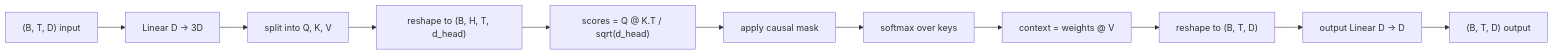
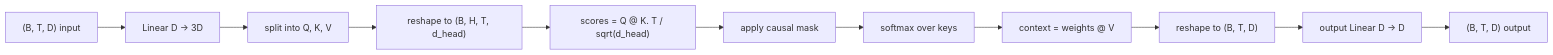
One commit to burakpehlivan-se/ai-engineering-from-scratch changed the first of 2 diagrams in phases/19-capstone-projects/33-multihead-self-attention/docs/tr.md. Above: the diagram before and after it, drawn with Mermaid. The commit also changed other lines of this file and 476 other files, not shown here.

````diff
--- a/phases/19-capstone-projects/33-multihead-self-attention/docs/tr.md
+++ b/phases/19-capstone-projects/33-multihead-self-attention/docs/tr.md
@@ -30,13 +30,13 @@
 ```mermaid
 flowchart LR
-    A["(B, T, D) input"] --> B[Linear D -> 3D]
-    B --> C["split into Q, K, V"]
-    C --> D["reshape to (B, H, T, d_head)"]
-    D --> E["scores = Q @ K.T / sqrt(d_head)"]
-    E --> F[apply causal mask]
-    F --> G[softmax over keys]
-    G --> H["context = weights @ V"]
-    H --> I["reshape to (B, T, D)"]
-    I --> J[output Linear D -> D]
-    J --> K["(B, T, D) output"]
+ A["(B, T, D) input"] --> B[Linear D -> 3D]
+ B --> C["split into Q, K, V"]
+ C --> D["reshape to (B, H, T, d_head)"]
+ D --> E["scores = Q @ K. T / sqrt(d_head)"]
+ E --> F[apply causal mask]
+ F --> G[softmax over keys]
+ G --> H["context = weights @ V"]
+ H --> I["reshape to (B, T, D)"]
+ I --> J[output Linear D -> D]
+ J --> K["(B, T, D) output"]
 ```
````
